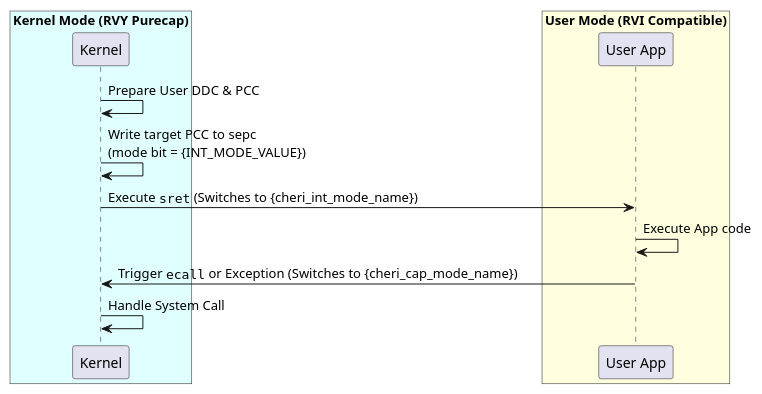
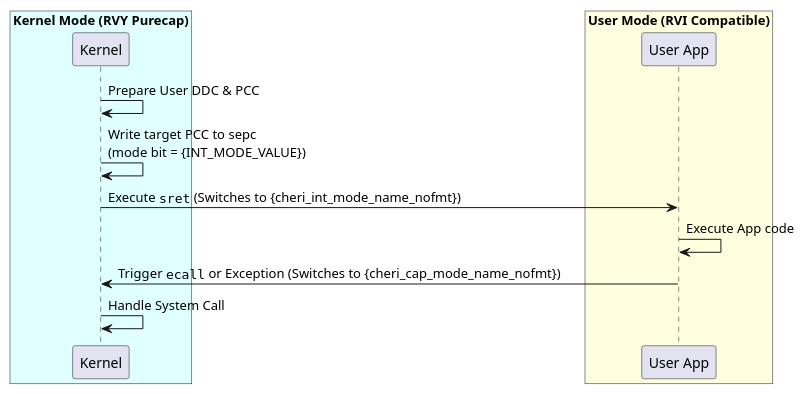
Before and after one commit to vmurali/riscv-cheri: the first of 4 diagrams in src/cheri/app-hybrid-usage.adoc, drawn with PlantUML. The commit also changed other lines of this file and 2 other files, not shown here.

First line of the commit message:
FIX: Avoid accidental HTML <em> tags in PlantUML diagrams. (#1023)

```diff
--- a/src/cheri/app-hybrid-usage.adoc
+++ b/src/cheri/app-hybrid-usage.adoc
@@ -53,20 +53,20 @@
 [plantuml, target="kernel-user-transition", format="svg",subs=attributes+]
 ....
 @startuml
 box "Kernel Mode (RVY Purecap)" #LightCyan
 participant "Kernel" as K
 end box
 
 box "User Mode (RVI Compatible)" #LightYellow
 participant "User App" as U
 end box
 
 K -> K: Prepare User DDC & PCC
 K -> K: Write target PCC to sepc\n(mode bit = {INT_MODE_VALUE})
-K -> U: Execute ""sret"" (Switches to {cheri_int_mode_name})
+K -> U: Execute ""sret"" (Switches to {cheri_int_mode_name_nofmt})
 U -> U: Execute App code
-U -> K: Trigger ""ecall"" or Exception (Switches to {cheri_cap_mode_name})
+U -> K: Trigger ""ecall"" or Exception (Switches to {cheri_cap_mode_name_nofmt})
 K -> K: Handle System Call
 
 @enduml
 ....
```
